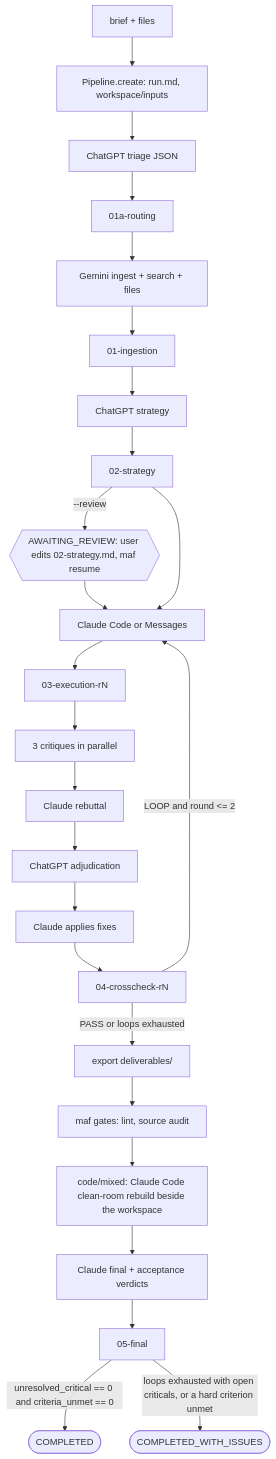
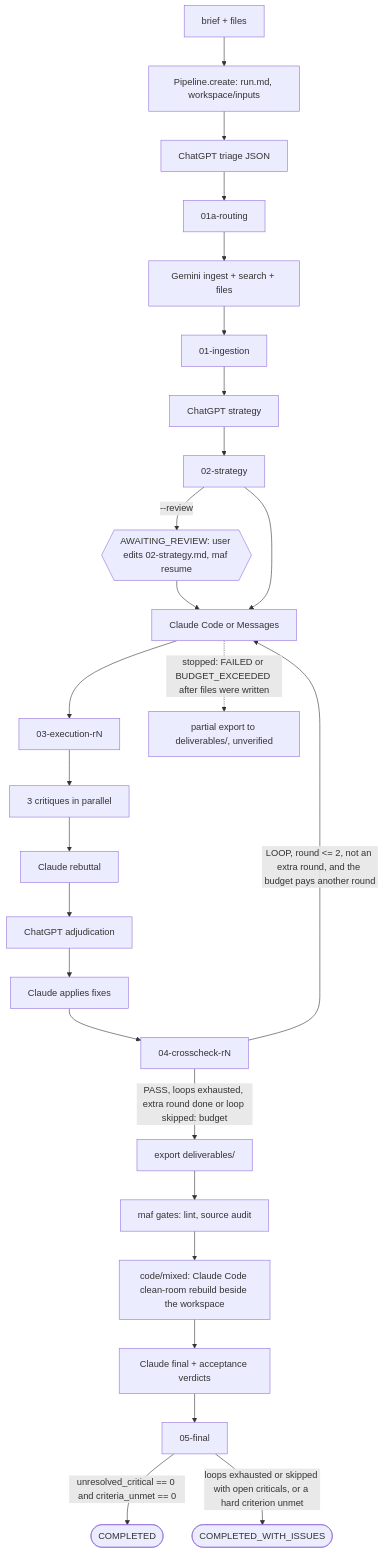
Before and after one commit to PaulKruchko/MultiAgent: the diagram in docs/ARCHITECTURE.md, drawn with Mermaid. The commit also changed other lines of this file and 27 other files, not shown here.

First line of the commit message:
Budget resilience: resumable budget stops, timeout continuation, calibrated criteria, budget-aware loops

````diff
--- a/docs/ARCHITECTURE.md
+++ b/docs/ARCHITECTURE.md
@@ -26,18 +26,19 @@
 ```mermaid
 flowchart TD
     U[brief + files] --> P[Pipeline.create: run.md, workspace/inputs]
     P --> I1[ChatGPT triage JSON] --> R[01a-routing]
     R --> I2[Gemini ingest + search + files] --> ING[01-ingestion]
     ING --> S[ChatGPT strategy] --> ST[02-strategy]
     ST -->|--review| G{{AWAITING_REVIEW: user edits 02-strategy.md, maf resume}}
     G --> E
     ST --> E[Claude Code or Messages] --> EX[03-execution-rN]
     EX --> C1[3 critiques in parallel] --> C2[Claude rebuttal] --> C3[ChatGPT adjudication]
     C3 --> C4[Claude applies fixes] --> CC[04-crosscheck-rN]
-    CC -->|LOOP and round <= 2| E
-    CC -->|PASS or loops exhausted| X[export deliverables/] --> GT[maf gates: lint, source audit]
+    CC -->|LOOP, round <= 2, not an extra round, and the budget pays another round| E
+    CC -->|PASS, loops exhausted, extra round done or loop skipped: budget| X[export deliverables/] --> GT[maf gates: lint, source audit]
     GT --> CR[code/mixed: Claude Code clean-room rebuild beside the workspace]
     CR --> F[Claude final + acceptance verdicts] --> FIN[05-final]
     FIN -->|unresolved_critical == 0 and criteria_unmet == 0| DONE([COMPLETED])
-    FIN -->|loops exhausted with open criticals, or a hard criterion unmet| ISSUES([COMPLETED_WITH_ISSUES])
+    FIN -->|loops exhausted or skipped with open criticals, or a hard criterion unmet| ISSUES([COMPLETED_WITH_ISSUES])
+    E -.->|stopped: FAILED or BUDGET_EXCEEDED after files were written| PX[partial export to deliverables/, unverified]
 ```
````
